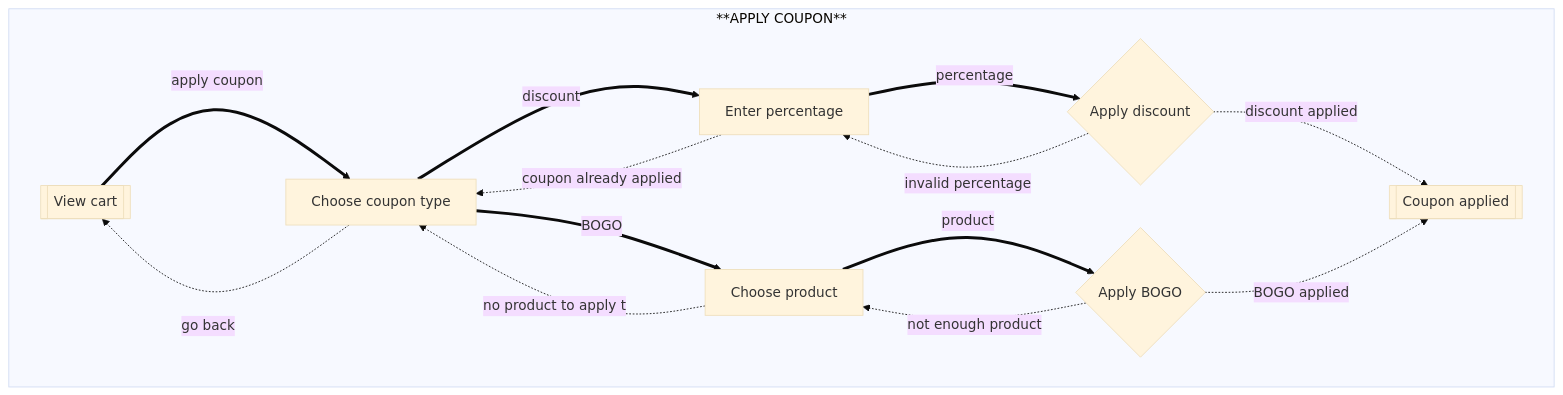
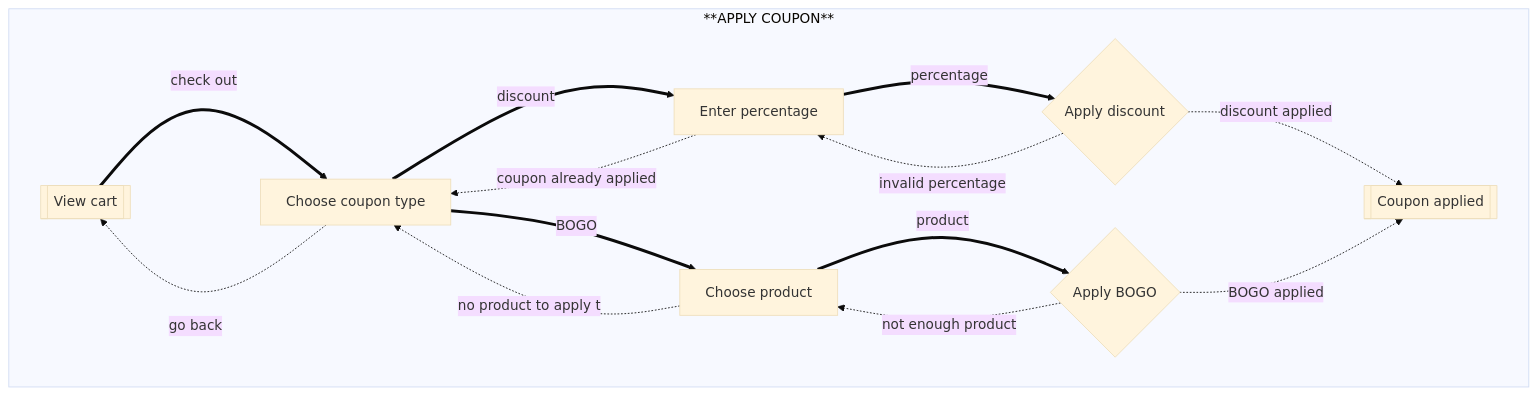
The fourth of 4 diagrams in 2452-pos/flows.md (samanthaegilson/COMP-2452), drawn with Mermaid (base theme) before and after one commit. The commit also changed other lines of this file and 38 other files, not shown here.

````diff
--- a/2452-pos/flows.md
+++ b/2452-pos/flows.md
@@ -71,27 +69,27 @@
 ```mermaid
 flowchart
   subgraph **APPLY COUPON**
     cart[[View cart]]
     type[Choose coupon type]
     percentage[Enter percentage]
     product[Choose product]
     discount{Apply discount}
     bogo{Apply BOGO}
     applied[[Coupon applied]]
 
-    cart ==apply coupon==> type
+    cart ==check out==> type
     type -.go back.-> cart
 
     type ==discount==> percentage
     percentage -.coupon already applied.-> type
     percentage ==percentage==> discount
     discount -.invalid percentage.-> percentage
     discount -.discount applied.-> applied
 
     type ==BOGO==> product
     product -.no product to apply to.-> type
     product ==product==> bogo
     bogo -.not enough product.-> product
     bogo -.BOGO applied.-> applied
   end
 ```
````
